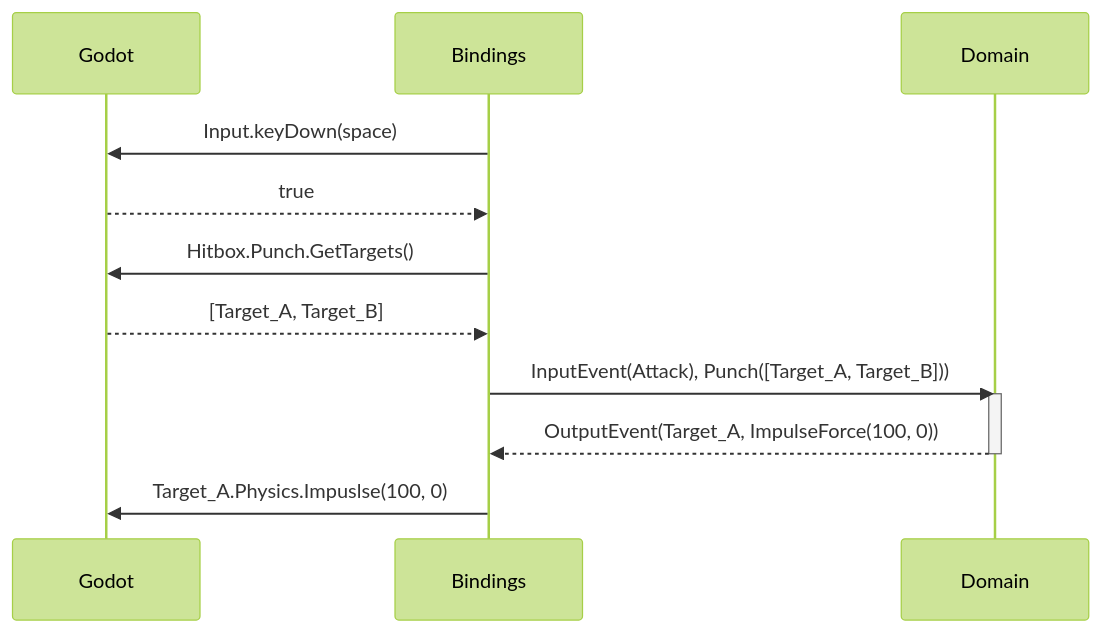
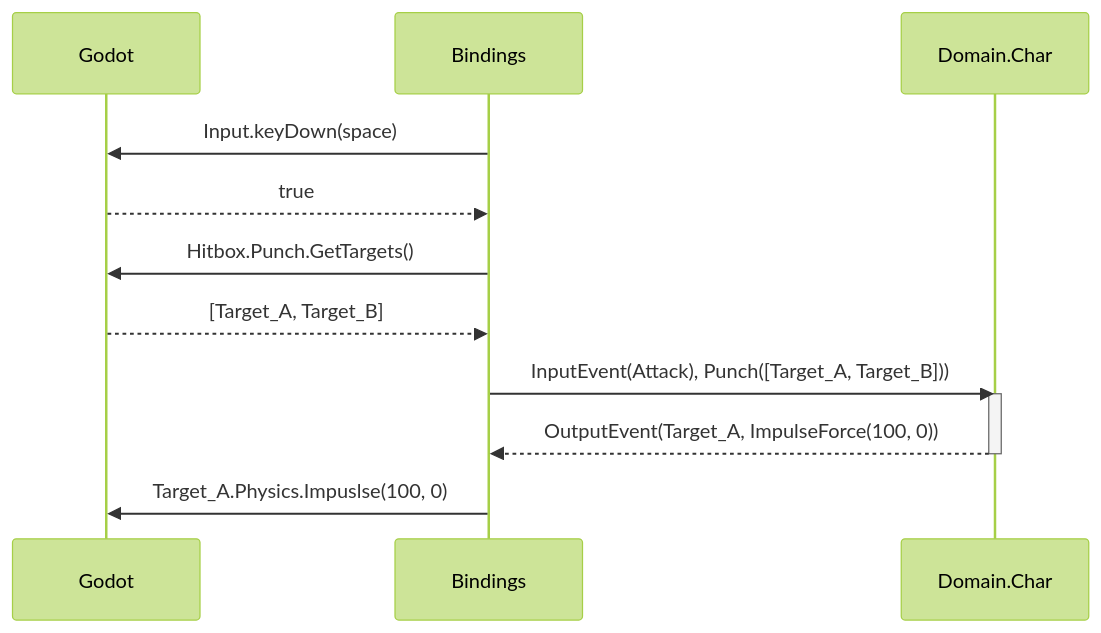
Before and after one commit to dsmiller95/Plantformer: the third of 3 diagrams in ArchitectureDescisionLog/ADR-01-DomainArchitecture.md, drawn with Mermaid (forest theme). The commit also changed other lines of this file, not shown here.

Commit message:
more noodling on architecture

````diff
--- a/ArchitectureDescisionLog/ADR-01-DomainArchitecture.md
+++ b/ArchitectureDescisionLog/ADR-01-DomainArchitecture.md
@@ -134,15 +134,15 @@
 ```mermaid
 sequenceDiagram
   participant Godot
   participant Bindings
-  participant Domain
+  participant Domain.Char
   Bindings->>Godot: Input.keyDown(space)
   Godot-->>Bindings: true
   Bindings ->>Godot: Hitbox.Punch.GetTargets()
   Godot-->>Bindings: [Target_A, Target_B]
-  Bindings->>Domain: InputEvent(Attack), Punch([Target_A, Target_B]))
-  activate Domain
-  Domain-->>Bindings: OutputEvent(Target_A, ImpulseForce(100, 0))
-  deactivate Domain
+  Bindings->>Domain.Char: InputEvent(Attack), Punch([Target_A, Target_B]))
+  activate Domain.Char
+  Domain.Char-->>Bindings: OutputEvent(Target_A, ImpulseForce(100, 0))
+  deactivate Domain.Char
   Bindings->>Godot: Target_A.Physics.Impuslse(100, 0)
 ```
````
